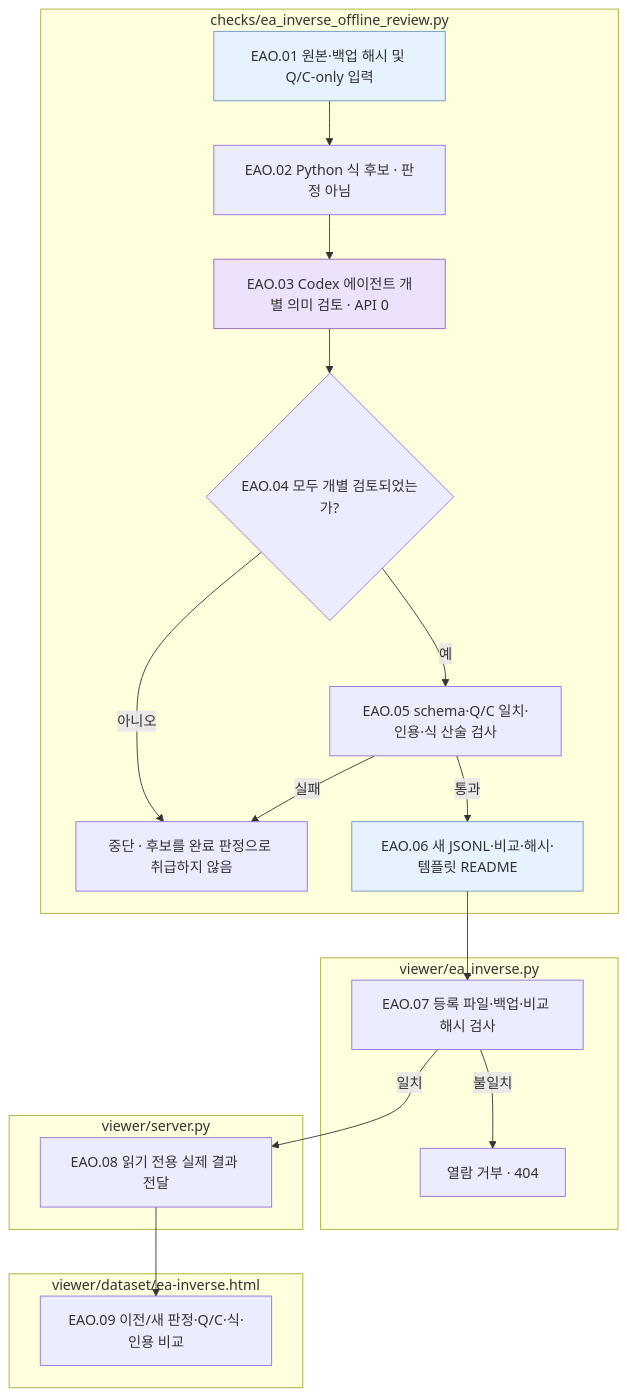
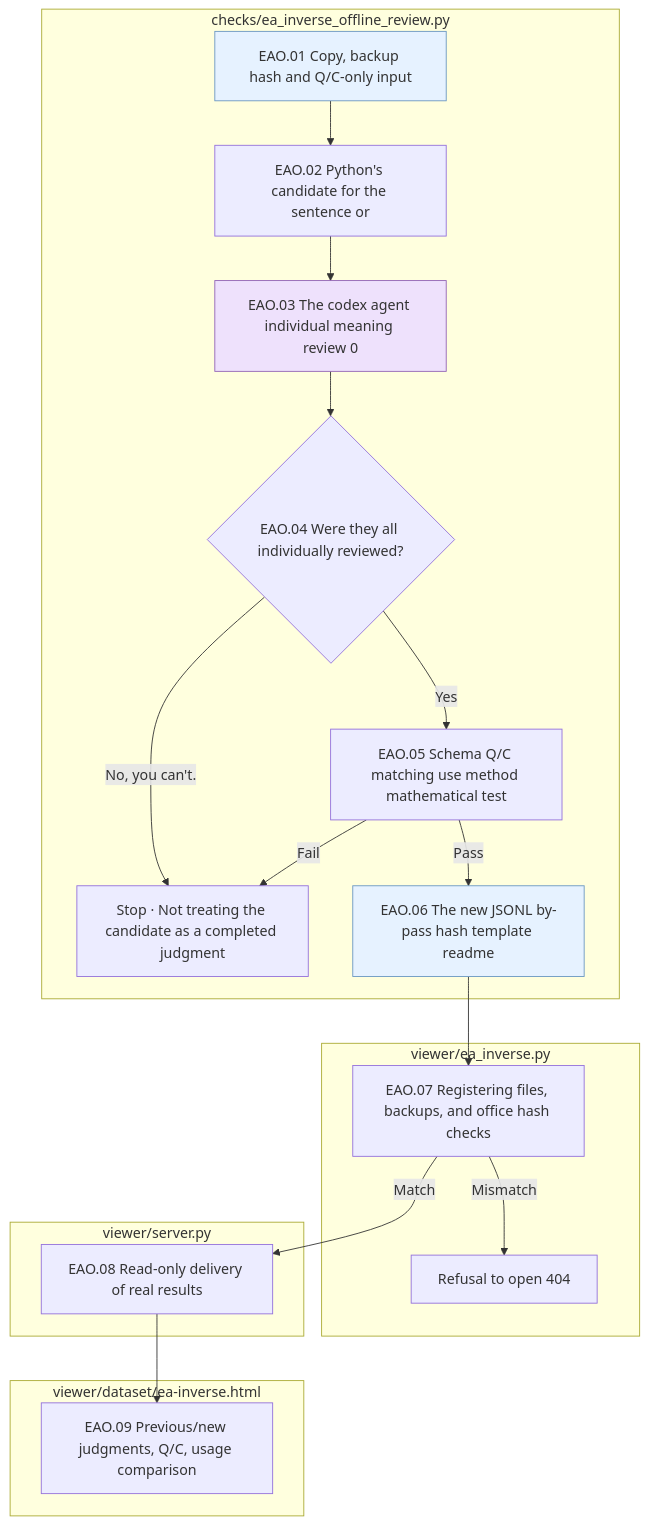
The third of 5 diagrams in src/finarch/documentation/templates/stages/01-dataset/02-generation/03-validation/README.md (pnu-clink/finject), drawn with Mermaid before and after one commit. The commit also changed other lines of this file and 644 other files, not shown here.

````diff
--- a/src/finarch/documentation/templates/stages/01-dataset/02-generation/03-validation/README.md
+++ b/src/finarch/documentation/templates/stages/01-dataset/02-generation/03-validation/README.md
@@ -113,26 +113,26 @@
 ```mermaid
 flowchart TD
  subgraph W["checks/ea_inverse_offline_review.py"]
-  A["EAO.01 원본·백업 해시 및 Q/C-only 입력"] --> B["EAO.02 Python 식 후보 · 판정 아님"]
-  B --> C["EAO.03 Codex 에이전트 개별 의미 검토 · API 0"]
-  C --> D{"EAO.04 모두 개별 검토되었는가?"}
-  D -->|아니오| X["중단 · 후보를 완료 판정으로 취급하지 않음"]
-  D -->|예| E["EAO.05 schema·Q/C 일치·인용·식 산술 검사"]
-  E -->|실패| X
-  E -->|통과| F["EAO.06 새 JSONL·비교·해시·템플릿 README"]
+  A["EAO.01 Copy, backup hash and Q/C-only input"] --> B["EAO.02 Python's candidate for the sentence or"]
+  B --> C["EAO.03 The codex agent individual meaning review 0"]
+  C --> D{"EAO.04 Were they all individually reviewed?"}
+  D -->|No, you can't.| X["Stop · Not treating the candidate as a completed judgment"]
+  D -->|Yes| E["EAO.05 Schema Q/C matching use method mathematical test"]
+  E -->|Fail| X
+  E -->|Pass| F["EAO.06 The new JSONL by-pass hash template readme"]
  end
  subgraph V["viewer/ea_inverse.py"]
-  F --> G["EAO.07 등록 파일·백업·비교 해시 검사"]
-  G -->|불일치| Y["열람 거부 · 404"]
+  F --> G["EAO.07 Registering files, backups, and office hash checks"]
+  G -->|Mismatch| Y["Refusal to open 404"]
  end
  subgraph S["viewer/server.py"]
-  G -->|일치| H["EAO.08 읽기 전용 실제 결과 전달"]
+  G -->|Match| H["EAO.08 Read-only delivery of real results"]
  end
  subgraph U["viewer/dataset/ea-inverse.html"]
-  H --> I["EAO.09 이전/새 판정·Q/C·식·인용 비교"]
+  H --> I["EAO.09 Previous/new judgments, Q/C, usage comparison"]
  end
  classDef agent fill:#eee1fc,stroke:#9163b5
  classDef file fill:#e6f2ff,stroke:#6a97c2
  class C agent
  class A,F file
 ```
````
